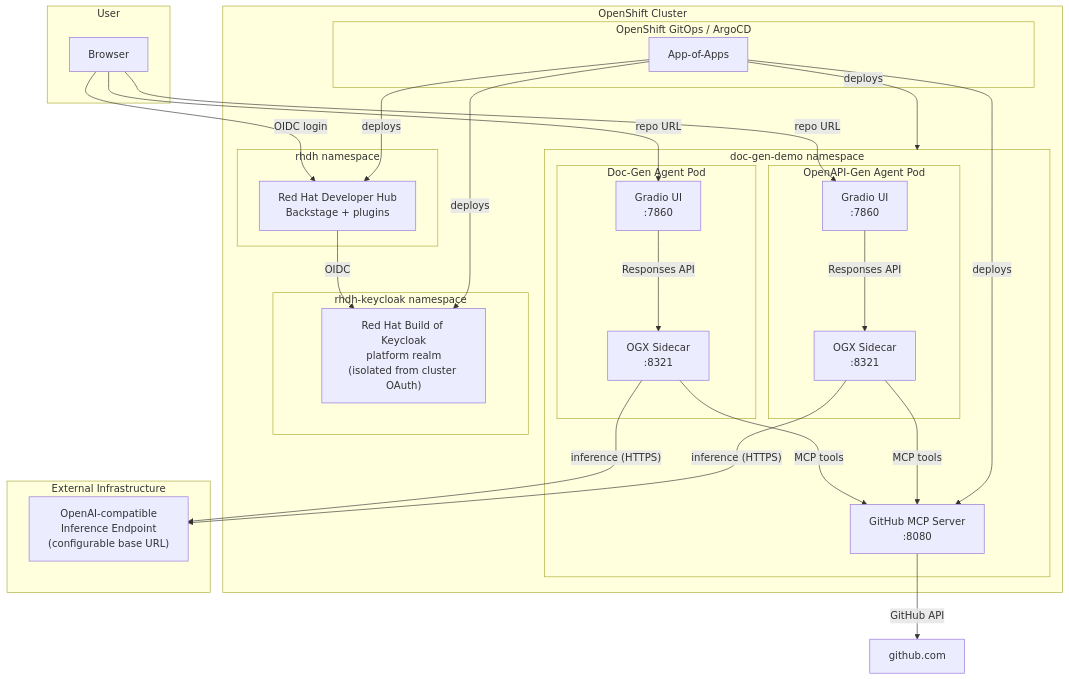
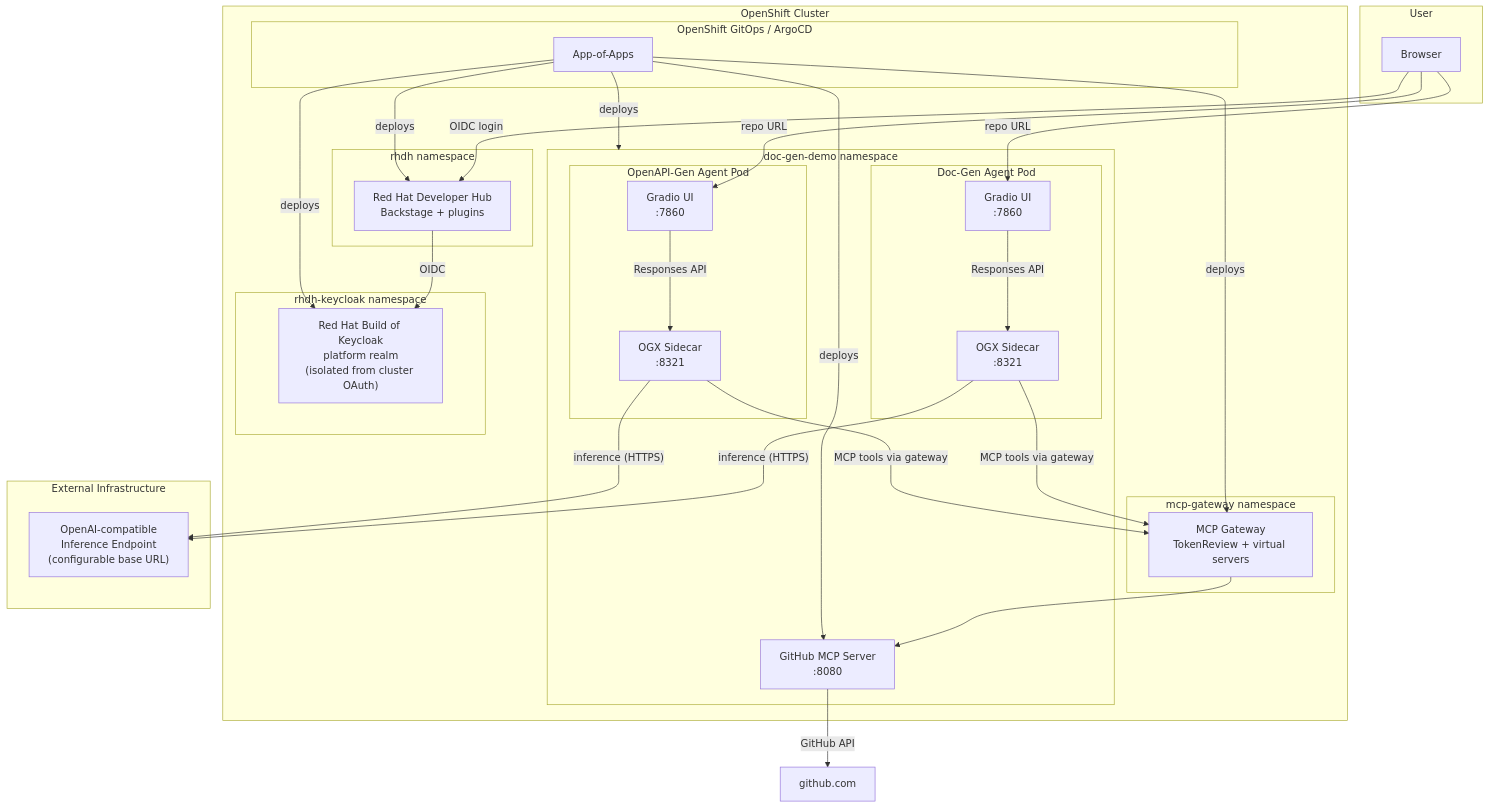
One commit to matteo-grimaldi/agentic-doc-generation changed the first of 2 diagrams in README.md. Above: the diagram before and after it, drawn with Mermaid. The commit also changed other lines of this file and 31 other files, not shown here.

First line of the commit message:
Wire agents through OpenShift AI MCP Gateway with TokenReview.

````diff
--- a/README.md
+++ b/README.md
@@ -28,52 +28,58 @@
 ```mermaid
 flowchart TB
     subgraph user [User]
         Browser
     end
 
     subgraph ocp [OpenShift Cluster]
         subgraph gitops [OpenShift GitOps / ArgoCD]
             AppOfApps["App-of-Apps"]
         end
 
         subgraph demo_ns [doc-gen-demo namespace]
             subgraph doc_pod [Doc-Gen Agent Pod]
                 DocGradio["Gradio UI\n:7860"]
                 DocOGX["OGX Sidecar\n:8321"]
             end
             subgraph api_pod [OpenAPI-Gen Agent Pod]
                 ApiGradio["Gradio UI\n:7860"]
                 ApiOGX["OGX Sidecar\n:8321"]
             end
             GitHubMCP["GitHub MCP Server\n:8080"]
         end
 
+        subgraph mcp_gw_ns [mcp-gateway namespace]
+            MCPGateway["MCP Gateway\nTokenReview + virtual servers"]
+        end
+
         subgraph keycloak_ns [rhdh-keycloak namespace]
             RHBK["Red Hat Build of Keycloak\nplatform realm\n(isolated from cluster OAuth)"]
         end
 
         subgraph rhdh_ns [rhdh namespace]
             RHDH["Red Hat Developer Hub\nBackstage + plugins"]
         end
     end
 
     subgraph external [External Infrastructure]
         InferenceEndpoint["OpenAI-compatible\nInference Endpoint\n(configurable base URL)"]
     end
 
     Browser -->|"repo URL"| DocGradio
     Browser -->|"repo URL"| ApiGradio
     Browser -->|"OIDC login"| RHDH
     DocGradio -->|"Responses API"| DocOGX
     ApiGradio -->|"Responses API"| ApiOGX
-    DocOGX -->|"MCP tools"| GitHubMCP
-    ApiOGX -->|"MCP tools"| GitHubMCP
+    DocOGX -->|"MCP tools via gateway"| MCPGateway
+    ApiOGX -->|"MCP tools via gateway"| MCPGateway
+    MCPGateway --> GitHubMCP
     DocOGX -->|"inference (HTTPS)"| InferenceEndpoint
     ApiOGX -->|"inference (HTTPS)"| InferenceEndpoint
     GitHubMCP -->|"GitHub API"| GitHub["github.com"]
     RHDH -->|"OIDC"| RHBK
     AppOfApps -->|deploys| GitHubMCP
+    AppOfApps -->|deploys| MCPGateway
     AppOfApps -->|deploys| demo_ns
     AppOfApps -->|deploys| RHBK
     AppOfApps -->|deploys| RHDH
 ```
````
